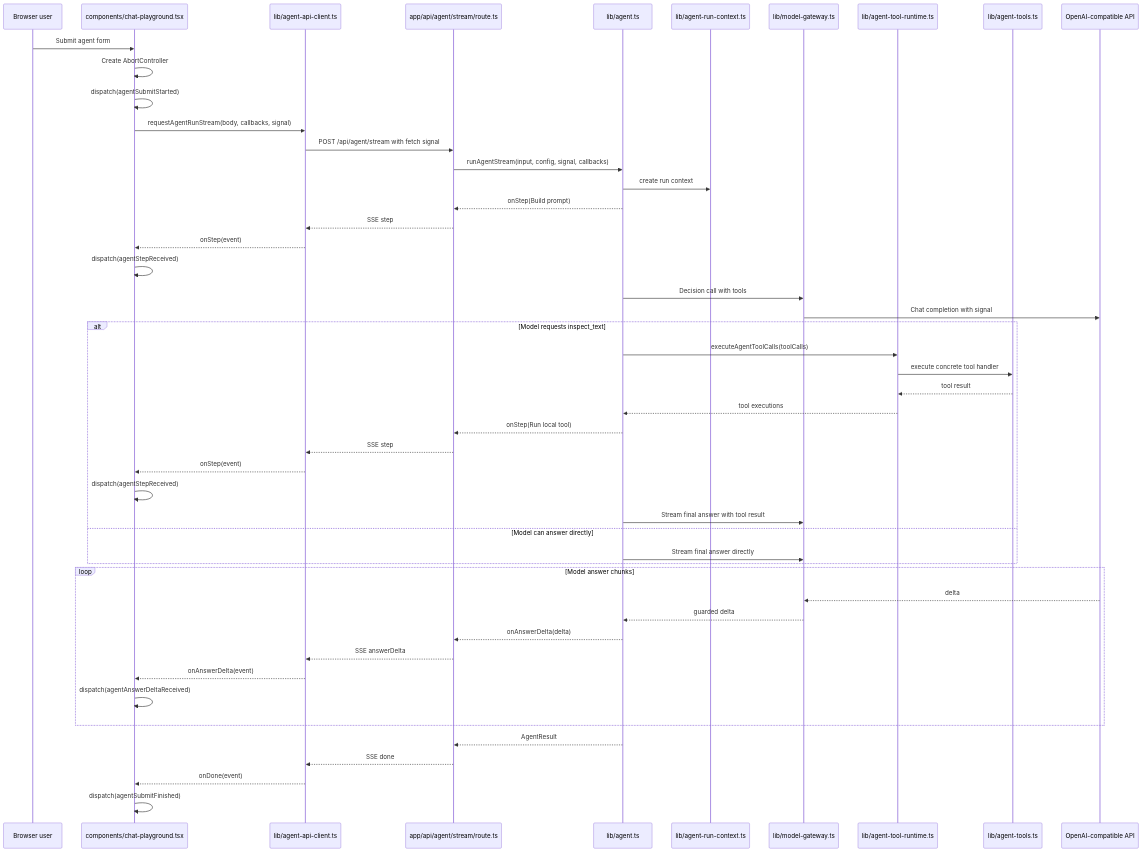
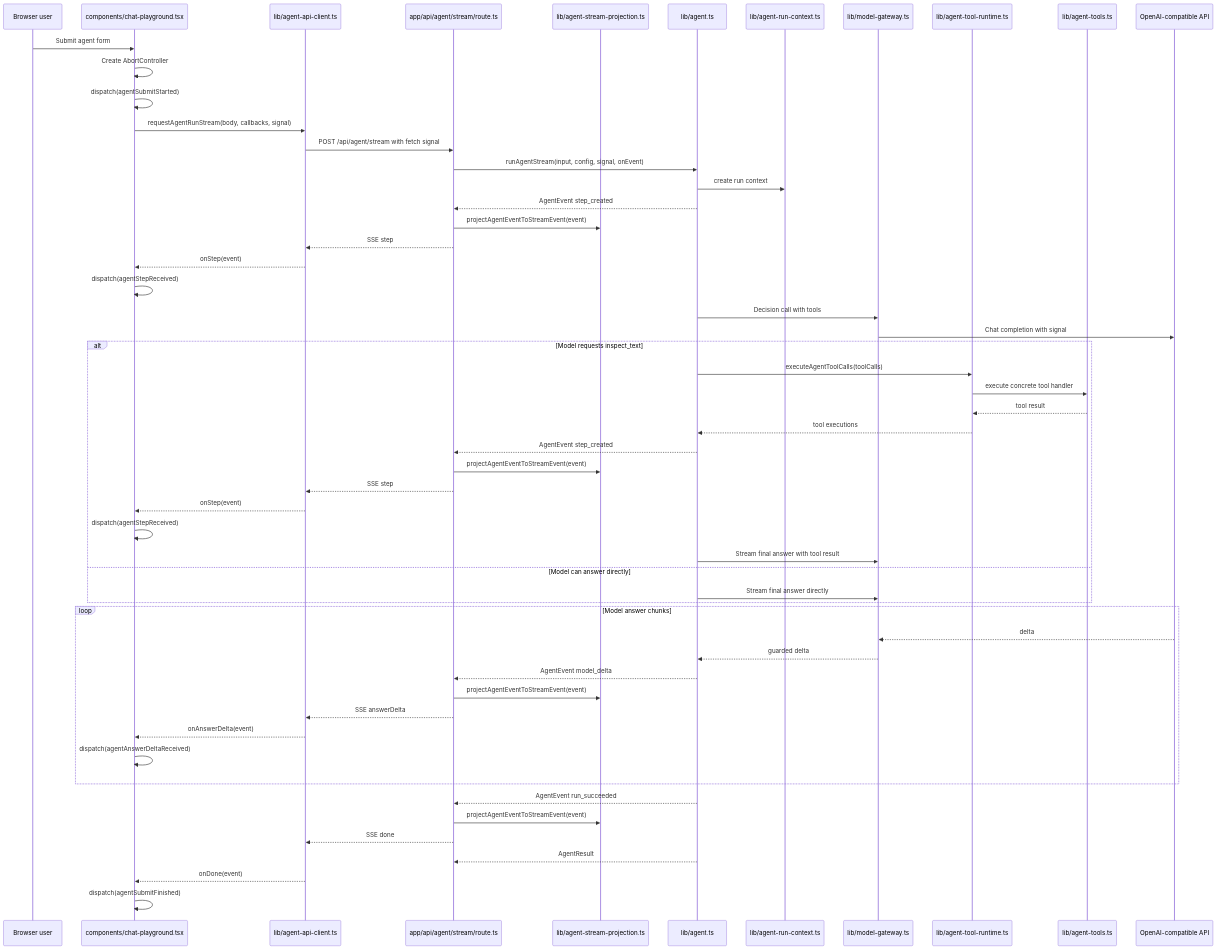
The third of 3 diagrams in docs/architecture.md (Liang-HZ/inspectable-agent-harness), drawn with Mermaid before and after one commit. The commit also changed other lines of this file and 3 other files, not shown here.

Commit message:
Project agent events to stream responses

````diff
--- a/docs/architecture.md
+++ b/docs/architecture.md
@@ -279,52 +293,58 @@
 ```mermaid
 sequenceDiagram
   participant User as Browser user
   participant UI as components/chat-playground.tsx
   participant Client as lib/agent-api-client.ts
   participant Route as app/api/agent/stream/route.ts
+  participant Projection as lib/agent-stream-projection.ts
   participant Agent as lib/agent.ts
   participant Context as lib/agent-run-context.ts
   participant Gateway as lib/model-gateway.ts
   participant ToolRuntime as lib/agent-tool-runtime.ts
   participant Tools as lib/agent-tools.ts
   participant Model as OpenAI-compatible API
 
   User->>UI: Submit agent form
   UI->>UI: Create AbortController
   UI->>UI: dispatch(agentSubmitStarted)
   UI->>Client: requestAgentRunStream(body, callbacks, signal)
   Client->>Route: POST /api/agent/stream with fetch signal
-  Route->>Agent: runAgentStream(input, config, signal, callbacks)
+  Route->>Agent: runAgentStream(input, config, signal, onEvent)
   Agent->>Context: create run context
-  Agent-->>Route: onStep(Build prompt)
+  Agent-->>Route: AgentEvent step_created
+  Route->>Projection: projectAgentEventToStreamEvent(event)
   Route-->>Client: SSE step
   Client-->>UI: onStep(event)
   UI->>UI: dispatch(agentStepReceived)
   Agent->>Gateway: Decision call with tools
   Gateway->>Model: Chat completion with signal
   alt Model requests inspect_text
     Agent->>ToolRuntime: executeAgentToolCalls(toolCalls)
     ToolRuntime->>Tools: execute concrete tool handler
     Tools-->>ToolRuntime: tool result
     ToolRuntime-->>Agent: tool executions
-    Agent-->>Route: onStep(Run local tool)
+    Agent-->>Route: AgentEvent step_created
+    Route->>Projection: projectAgentEventToStreamEvent(event)
     Route-->>Client: SSE step
     Client-->>UI: onStep(event)
     UI->>UI: dispatch(agentStepReceived)
     Agent->>Gateway: Stream final answer with tool result
   else Model can answer directly
     Agent->>Gateway: Stream final answer directly
   end
   loop Model answer chunks
     Model-->>Gateway: delta
     Gateway-->>Agent: guarded delta
-    Agent-->>Route: onAnswerDelta(delta)
+    Agent-->>Route: AgentEvent model_delta
+    Route->>Projection: projectAgentEventToStreamEvent(event)
     Route-->>Client: SSE answerDelta
     Client-->>UI: onAnswerDelta(event)
     UI->>UI: dispatch(agentAnswerDeltaReceived)
   end
+  Agent-->>Route: AgentEvent run_succeeded
+  Route->>Projection: projectAgentEventToStreamEvent(event)
+  Route-->>Client: SSE done
   Agent-->>Route: AgentResult
-  Route-->>Client: SSE done
   Client-->>UI: onDone(event)
   UI->>UI: dispatch(agentSubmitFinished)
 ```
````
